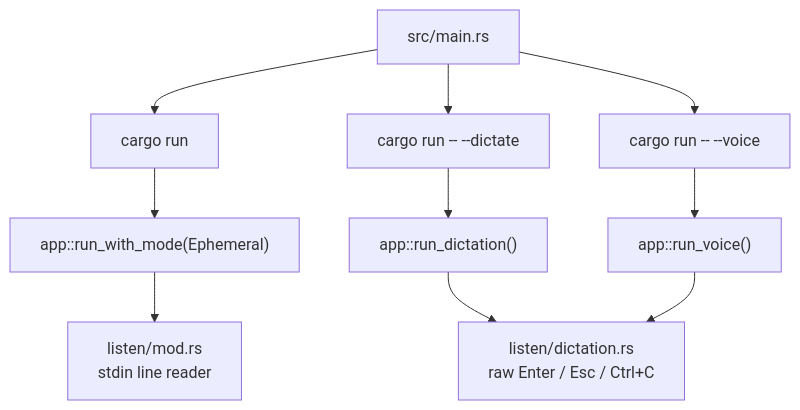
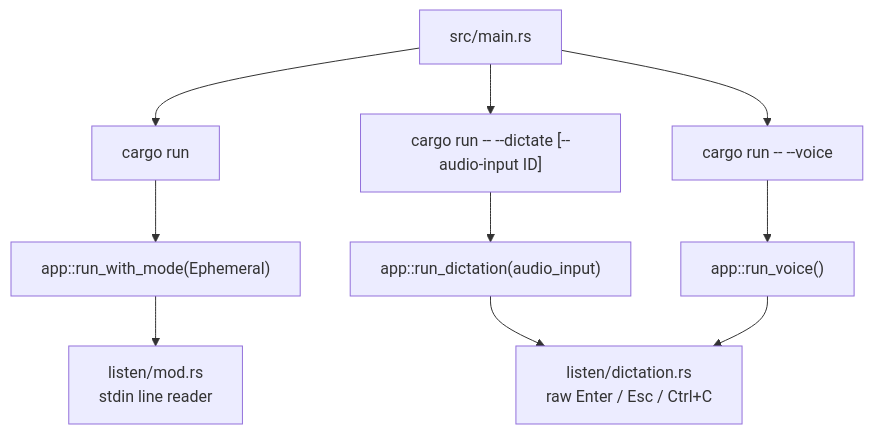
The first of 4 diagrams in README.md (samuelebstein/independence), drawn with Mermaid before and after one commit. The commit also changed other lines of this file and 8 other files, not shown here.

Commit message:
got rid of confusing env variable. dictate now uses --audio-input

````diff
--- a/README.md
+++ b/README.md
@@ -998,14 +1003,14 @@
 ```mermaid
 flowchart TD
     Main[src/main.rs] --> Typed["cargo run"]
-    Main --> Dictate["cargo run -- --dictate"]
+    Main --> Dictate["cargo run -- --dictate [--audio-input ID]"]
     Main --> Voice["cargo run -- --voice"]
 
     Typed --> TypedApp["app::run_with_mode(Ephemeral)"]
-    Dictate --> DictationApp["app::run_dictation()"]
+    Dictate --> DictationApp["app::run_dictation(audio_input)"]
     Voice --> VoiceApp["app::run_voice()"]
 
     TypedApp --> LineInput["listen/mod.rs\nstdin line reader"]
     DictationApp --> RawInput["listen/dictation.rs\nraw Enter / Esc / Ctrl+C"]
     VoiceApp --> RawInput
 ```
````
